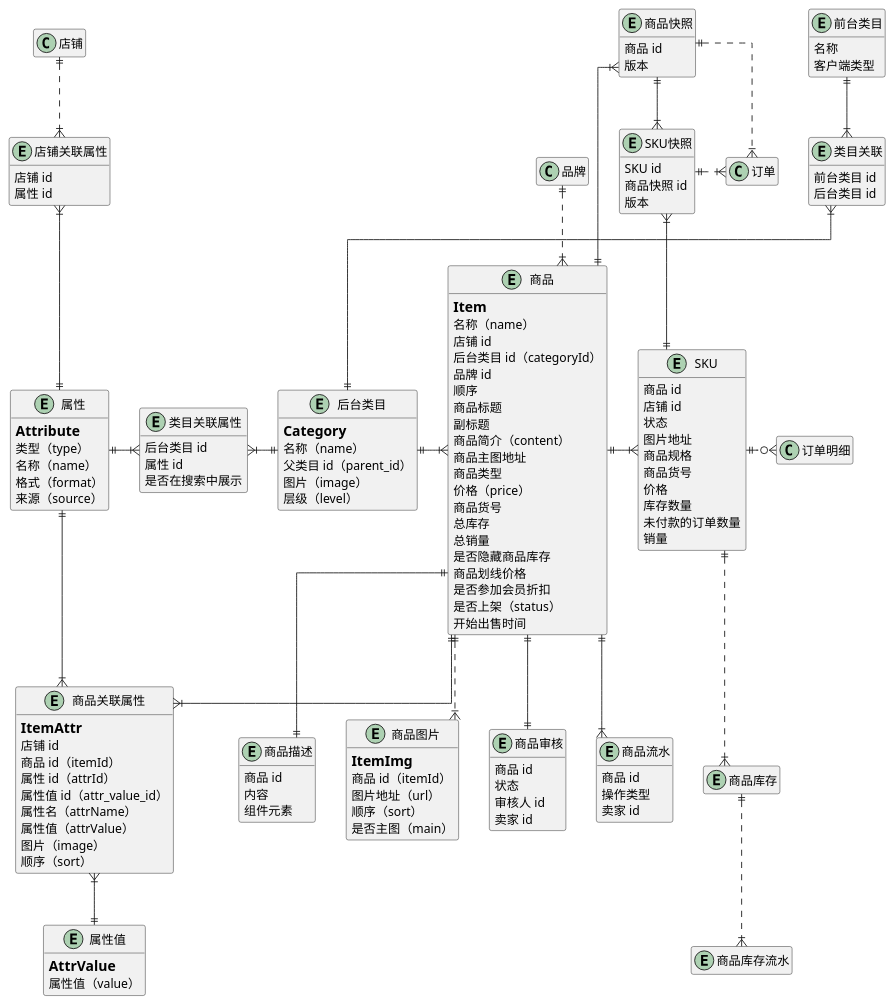
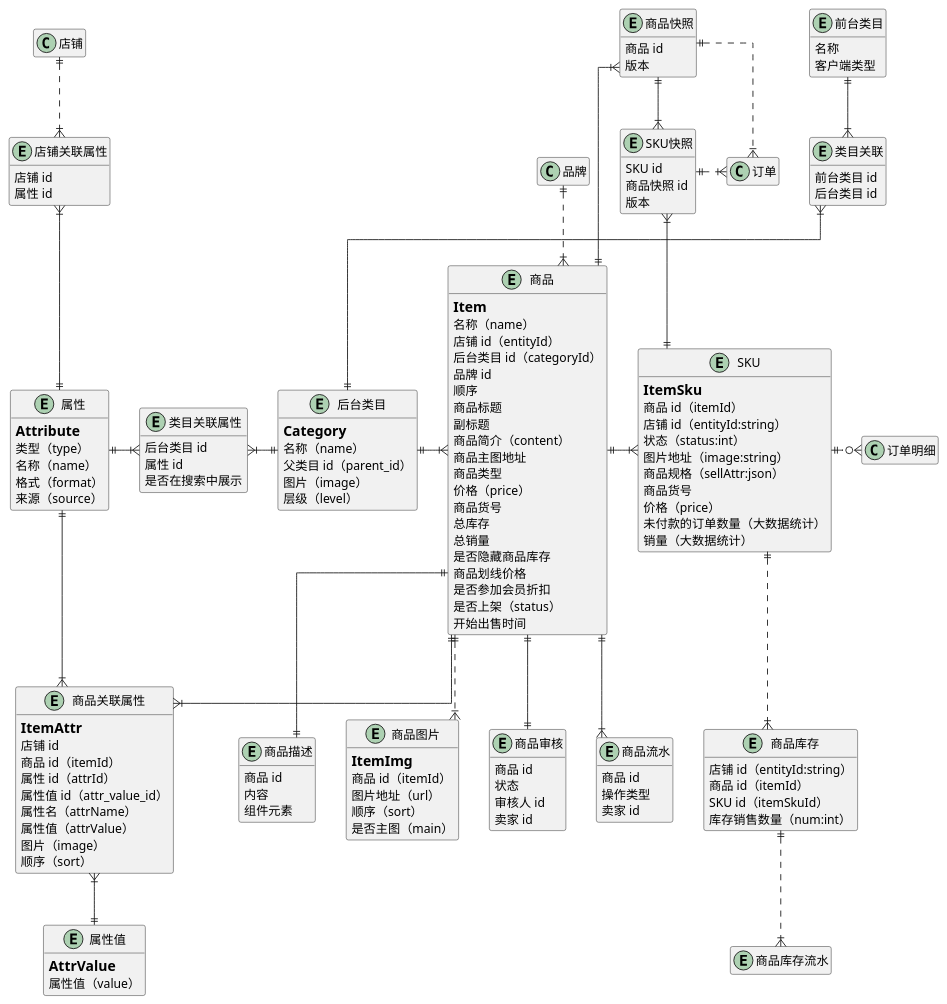
One commit to awesomecat2020/mock-mall changed the diagram in doc/商品.puml. Above: the diagram before and after it, drawn with PlantUML. The commit also changed 39 other files, not shown here.

```diff
--- a/doc/商品.puml
+++ b/doc/商品.puml
@@ -6,7 +6,7 @@
 entity 商品 {
 ==Item
     名称（name）
-    店铺 id
+    店铺 id（entityId）
     后台类目 id（categoryId）
     品牌 id
     顺序
@@ -108,22 +108,26 @@
 
 
 entity SKU {
-    商品 id
-    店铺 id
-    状态
-    图片地址
-    商品规格
+==ItemSku
+    商品 id（itemId）
+    店铺 id（entityId:string）
+    状态（status:int）
+    图片地址（image:string）
+    商品规格（sellAttr:json）
     ' 商家为商品设置的外部编号
     商品货号
-    价格
-    库存数量
+    价格（price）
     ' 商品在付款减库存的状态下，该 SKU 上未付款的订单数量
-    未付款的订单数量
-    销量
+    未付款的订单数量（大数据统计）
+    销量（大数据统计）
     ' 是否锁定
 }
 entity 商品库存 {
     ' 暂不做
+    店铺 id（entityId:string）
+    商品 id（itemId）
+    SKU id（itemSkuId）
+    库存销售数量（num:int）
 }
 entity 商品库存流水 {
     ' 暂不做
```
